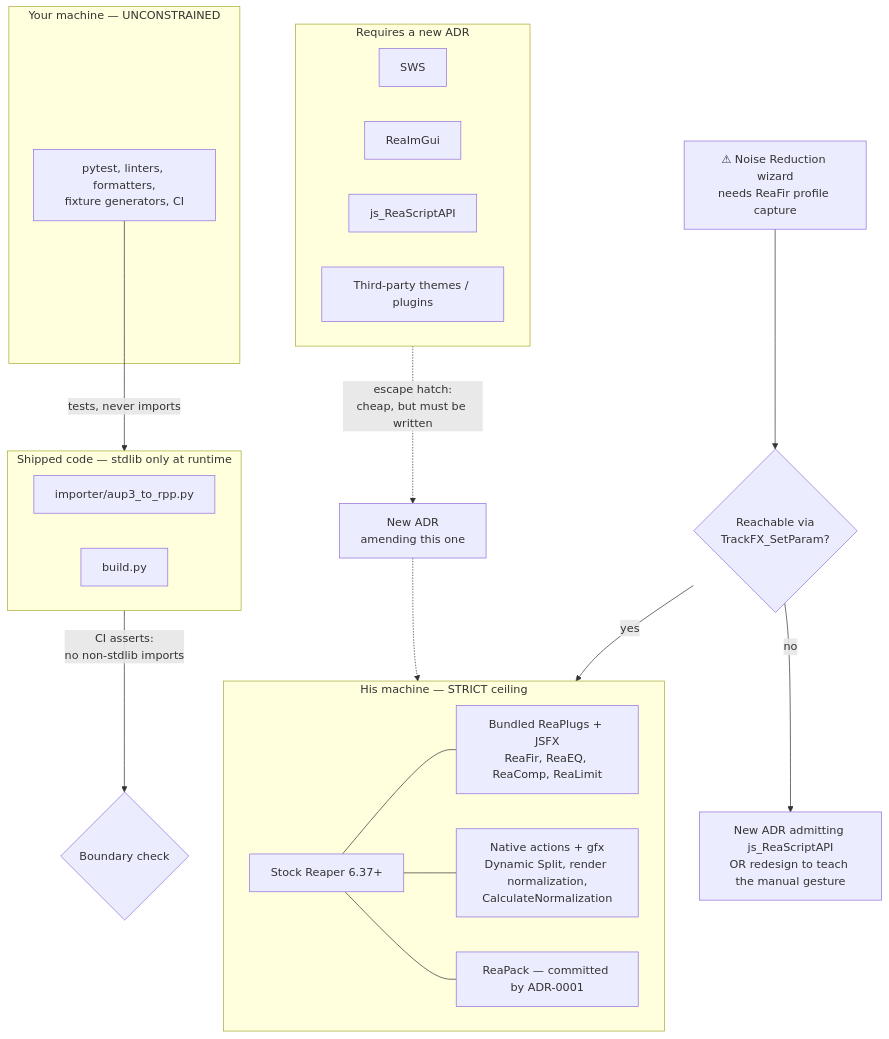
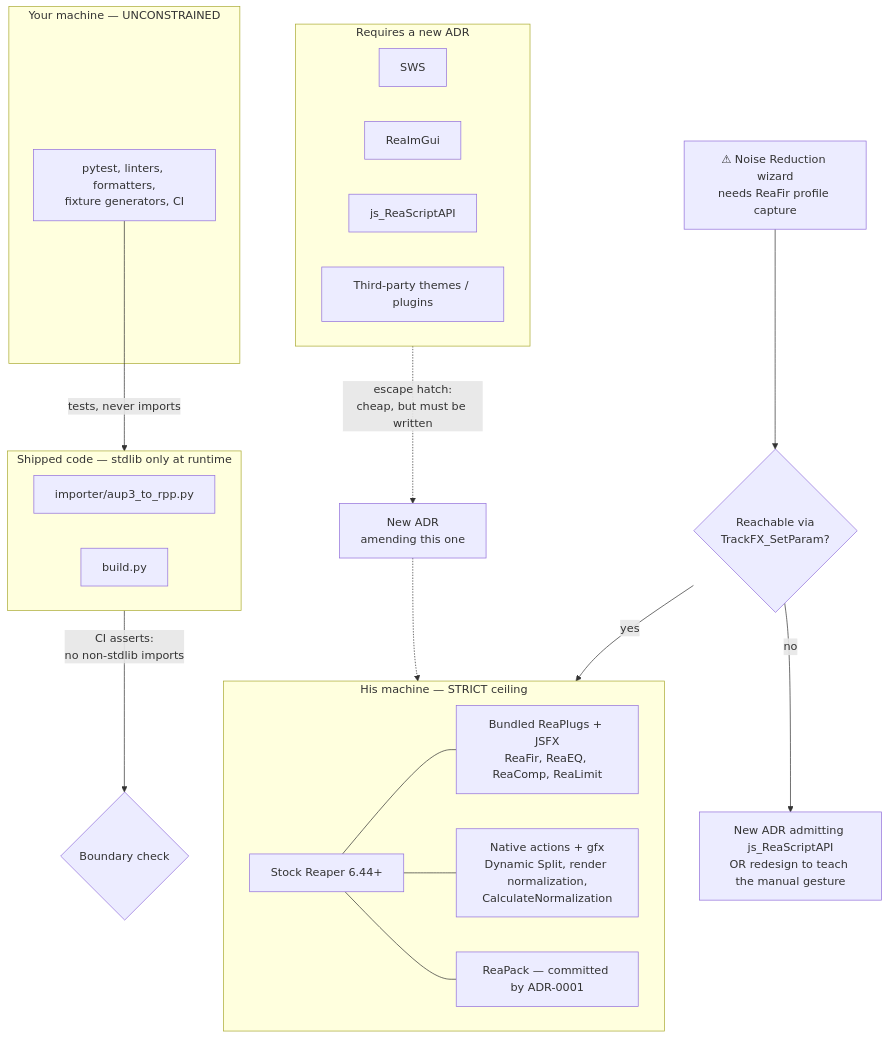
Before and after one commit to jonstump/reaper-isnt-so-grim: the diagram in docs/adrs/ADR-0003-dependency-policy.md, drawn with Mermaid. The commit also changed other lines of this file and 9 other files, not shown here.

````diff
--- a/docs/adrs/ADR-0003-dependency-policy.md
+++ b/docs/adrs/ADR-0003-dependency-policy.md
@@ -106,38 +106,38 @@
 ```mermaid
 graph TD
     subgraph His["His machine — STRICT ceiling"]
-        REAPER["Stock Reaper 6.37+"]
+        REAPER["Stock Reaper 6.44+"]
         PLUGS["Bundled ReaPlugs + JSFX<br/>ReaFir, ReaEQ, ReaComp, ReaLimit"]
         NATIVE["Native actions + gfx<br/>Dynamic Split, render normalization,<br/>CalculateNormalization"]
         RPK["ReaPack — committed by ADR-0001"]
         REAPER --- PLUGS
         REAPER --- NATIVE
         REAPER --- RPK
     end
 
     subgraph Blocked["Requires a new ADR"]
         SWS["SWS"]
         IMGUI["ReaImGui"]
         JSAPI["js_ReaScriptAPI"]
         THIRD["Third-party themes / plugins"]
     end
 
     subgraph Yours["Your machine — UNCONSTRAINED"]
         TEST["pytest, linters, formatters,<br/>fixture generators, CI"]
     end
 
     subgraph Ship["Shipped code — stdlib only at runtime"]
         IMP["importer/aup3_to_rpp.py"]
         BLD["build.py"]
     end
 
     Blocked -.->|"escape hatch:<br/>cheap, but must be written"| ADR["New ADR<br/>amending this one"]
     ADR -.-> His
 
     TEST -->|"tests, never imports"| Ship
     Ship -->|"CI asserts:<br/>no non-stdlib imports"| GATE{"Boundary check"}
 
     RISK["⚠ Noise Reduction wizard<br/>needs ReaFir profile capture"] --> SPIKE{"Reachable via<br/>TrackFX_SetParam?"}
     SPIKE -->|yes| His
     SPIKE -->|no| CHOICE["New ADR admitting js_ReaScriptAPI<br/>OR redesign to teach the manual gesture"]
 ```
````
